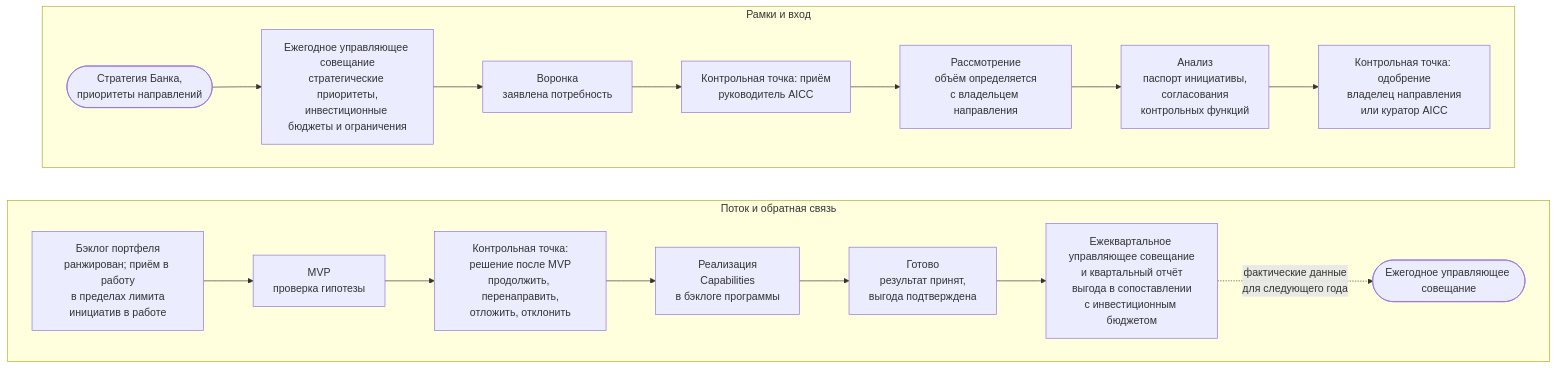
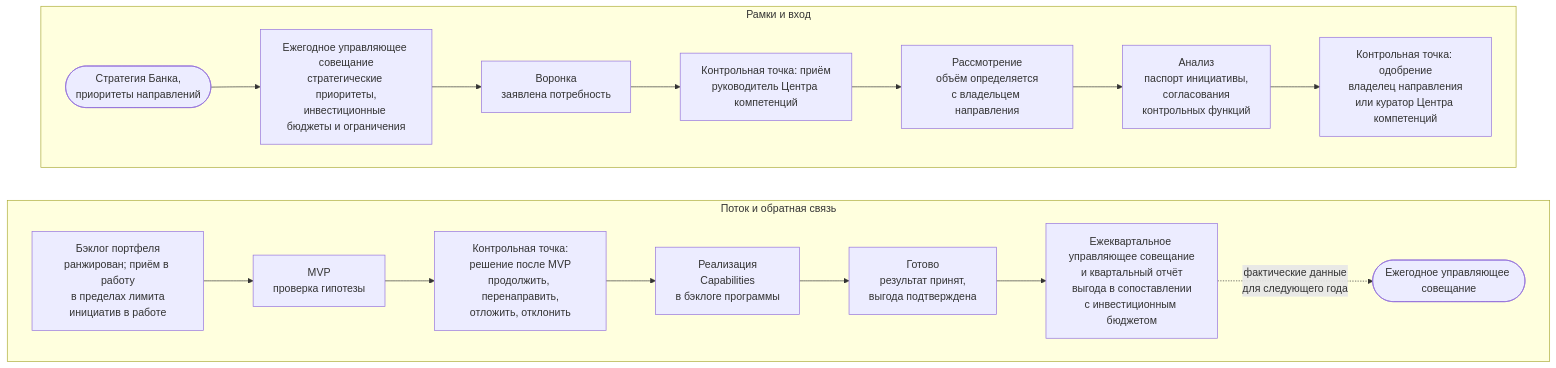
One commit to devhogu/ob-aicc changed the diagram in portal/content/ru/portfolio/overview.md. Above: the diagram before and after it, drawn with Mermaid. The commit also changed other lines of this file and 1149 other files, not shown here.

````diff
--- a/portal/content/ru/portfolio/overview.md
+++ b/portal/content/ru/portfolio/overview.md
@@ -15,22 +15,22 @@
 ```mermaid
 flowchart TB
   subgraph ROW1["Рамки и вход"]
     direction LR
     S(["Стратегия Банка,<br/>приоритеты направлений"]) --> Y["Ежегодное управляющее совещание<br/>стратегические приоритеты,<br/>инвестиционные бюджеты и ограничения"]
     Y --> F["Воронка<br/>заявлена потребность"]
-    F --> G1["Контрольная точка: приём<br/>руководитель AICC"]
+    F --> G1["Контрольная точка: приём<br/>руководитель Центра компетенций"]
     G1 --> R["Рассмотрение<br/>объём определяется<br/>с владельцем направления"]
     R --> AN["Анализ<br/>паспорт инициативы,<br/>согласования<br/>контрольных функций"]
-    AN --> G2["Контрольная точка: одобрение<br/>владелец направления<br/>или куратор AICC"]
+    AN --> G2["Контрольная точка: одобрение<br/>владелец направления<br/>или куратор Центра компетенций"]
   end
   subgraph ROW2["Поток и обратная связь"]
     direction LR
     PB["Бэклог портфеля<br/>ранжирован; приём в работу<br/>в пределах лимита<br/>инициатив в работе"] --> MV["MVP<br/>проверка гипотезы"]
     MV --> G3["Контрольная точка:<br/>решение после MVP<br/>продолжить, перенаправить,<br/>отложить, отклонить"]
     G3 --> IM["Реализация<br/>Capabilities<br/>в бэклоге программы"]
     IM --> DN["Готово<br/>результат принят,<br/>выгода подтверждена"]
     DN --> Q["Ежеквартальное управляющее совещание<br/>и квартальный отчёт<br/>выгода в сопоставлении<br/>с инвестиционным бюджетом"]
     Q -.->|"фактические данные<br/>для следующего года"| Y2(["Ежегодное управляющее совещание"])
   end
   ROW1 ~~~ ROW2
 ```
````
